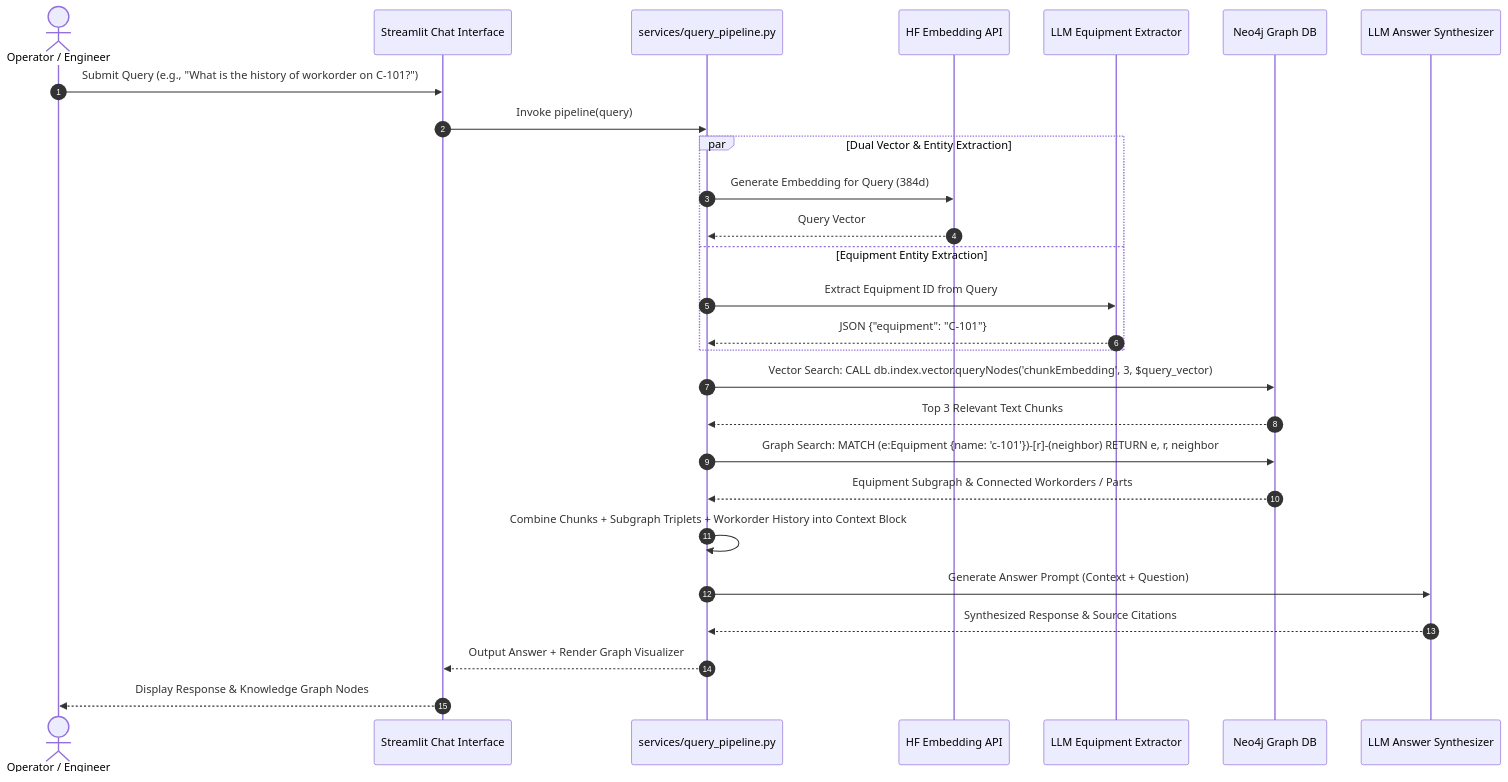
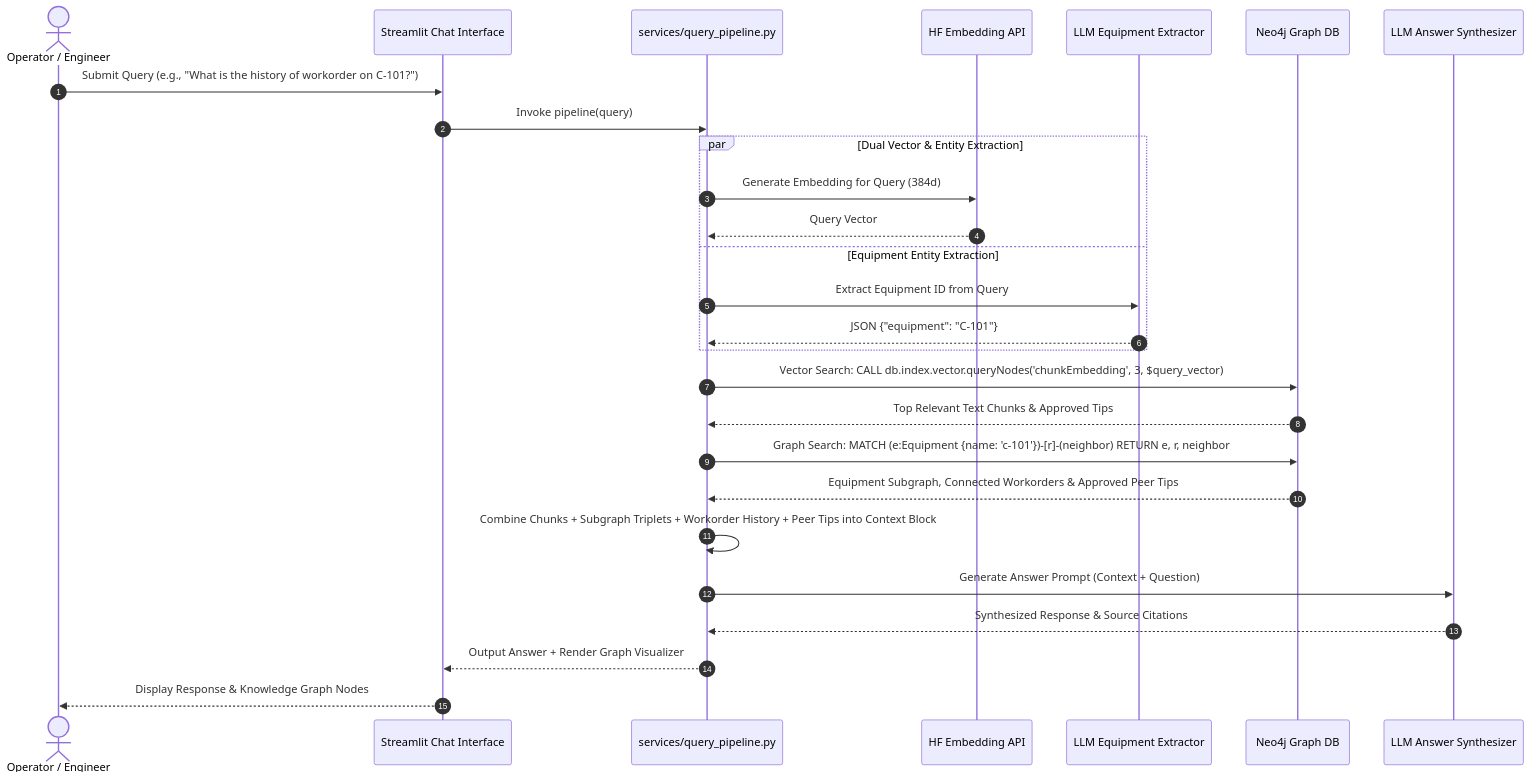
One commit to MrGen06/omniplant changed the third of 6 diagrams in ARCHITECTURE.md. Above: the diagram before and after it, drawn with Mermaid. The commit also changed other lines of this file and 1 other file, not shown here.

Commit message:
docs: add project README and update system architecture diagrams to include maintenance tip workflow

````diff
--- a/ARCHITECTURE.md
+++ b/ARCHITECTURE.md
@@ -130,34 +138,34 @@
 ```mermaid
 sequenceDiagram
     autonumber
     actor User as Operator / Engineer
     participant UI as Streamlit Chat Interface
     participant Pipeline as services/query_pipeline.py
     participant HF_Embed as HF Embedding API
     participant LLM_Extract as LLM Equipment Extractor
     participant Neo4j as Neo4j Graph DB
     participant LLM_Synth as LLM Answer Synthesizer
 
     User->>UI: Submit Query (e.g., "What is the history of workorder on C-101?")
     UI->>Pipeline: Invoke pipeline(query)
     
     par Dual Vector & Entity Extraction
         Pipeline->>HF_Embed: Generate Embedding for Query (384d)
         HF_Embed-->>Pipeline: Query Vector
     and Equipment Entity Extraction
         Pipeline->>LLM_Extract: Extract Equipment ID from Query
         LLM_Extract-->>Pipeline: JSON {"equipment": "C-101"}
     end
 
     Pipeline->>Neo4j: Vector Search: CALL db.index.vector.queryNodes('chunkEmbedding', 3, $query_vector)
-    Neo4j-->>Pipeline: Top 3 Relevant Text Chunks
+    Neo4j-->>Pipeline: Top Relevant Text Chunks & Approved Tips
     
     Pipeline->>Neo4j: Graph Search: MATCH (e:Equipment {name: 'c-101'})-[r]-(neighbor) RETURN e, r, neighbor
-    Neo4j-->>Pipeline: Equipment Subgraph & Connected Workorders / Parts
+    Neo4j-->>Pipeline: Equipment Subgraph, Connected Workorders & Approved Peer Tips
     
-    Pipeline->>Pipeline: Combine Chunks + Subgraph Triplets + Workorder History into Context Block
+    Pipeline->>Pipeline: Combine Chunks + Subgraph Triplets + Workorder History + Peer Tips into Context Block
     Pipeline->>LLM_Synth: Generate Answer Prompt (Context + Question)
     LLM_Synth-->>Pipeline: Synthesized Response & Source Citations
     Pipeline-->>UI: Output Answer + Render Graph Visualizer
     UI-->>User: Display Response & Knowledge Graph Nodes
 ```
````
